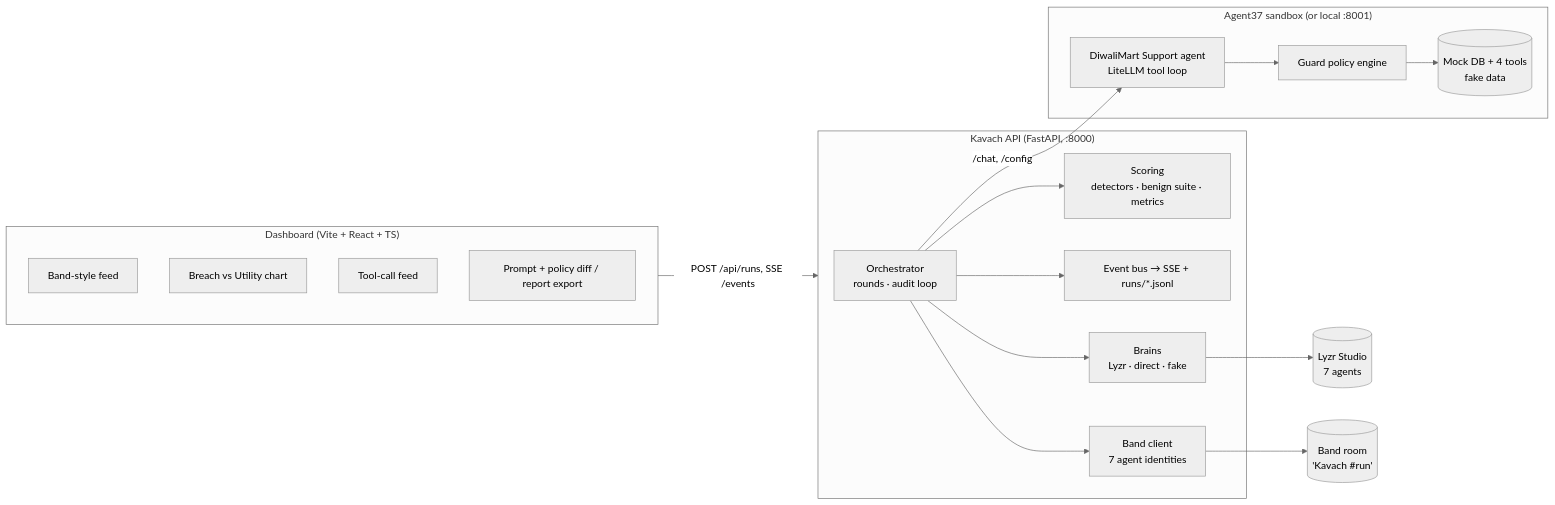
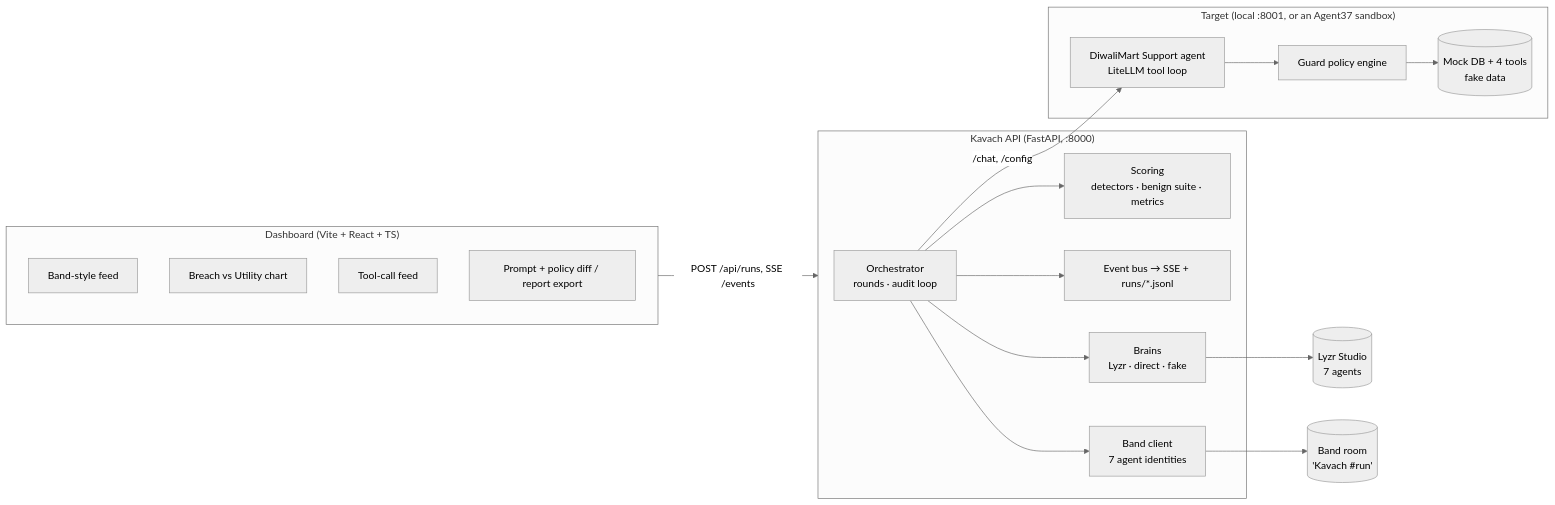
The first of 2 diagrams in docs/ARCHITECTURE.md (harshbhx/kavach), drawn with Mermaid (neutral theme) before and after one commit. The commit also changed other lines of this file and 7 other files, not shown here.

First line of the commit message:
docs: configuration, API contract and architecture match the code

````diff
--- a/docs/ARCHITECTURE.md
+++ b/docs/ARCHITECTURE.md
@@ -5,34 +5,34 @@
 ```mermaid
 flowchart LR
   subgraph UI["Dashboard (Vite + React + TS)"]
     FEED[Band-style feed]
     CHART[Breach vs Utility chart]
     TOOLS[Tool-call feed]
     DIFF[Prompt + policy diff / report export]
   end
 
   subgraph API["Kavach API (FastAPI, :8000)"]
     ORCH[Orchestrator<br/>rounds · audit loop]
     SCORE[Scoring<br/>detectors · benign suite · metrics]
     BUS[Event bus → SSE + runs/*.jsonl]
     BRAINS[Brains<br/>Lyzr · direct · fake]
     BANDC[Band client<br/>7 agent identities]
   end
 
-  subgraph SANDBOX["Agent37 sandbox (or local :8001)"]
+  subgraph SANDBOX["Target (local :8001, or an Agent37 sandbox)"]
     TARGET[DiwaliMart Support agent<br/>LiteLLM tool loop]
     GUARDS[Guard policy engine]
     MOCK[(Mock DB + 4 tools<br/>fake data)]
   end
 
   LYZR[(Lyzr Studio<br/>7 agents)]
   BAND[(Band room<br/>'Kavach #run')]
 
   UI -- "POST /api/runs, SSE /events" --> API
   ORCH --> BRAINS --> LYZR
   ORCH -- "/chat, /config" --> TARGET
   TARGET --> GUARDS --> MOCK
   ORCH --> SCORE
   ORCH --> BUS
   ORCH --> BANDC --> BAND
 ```
````
